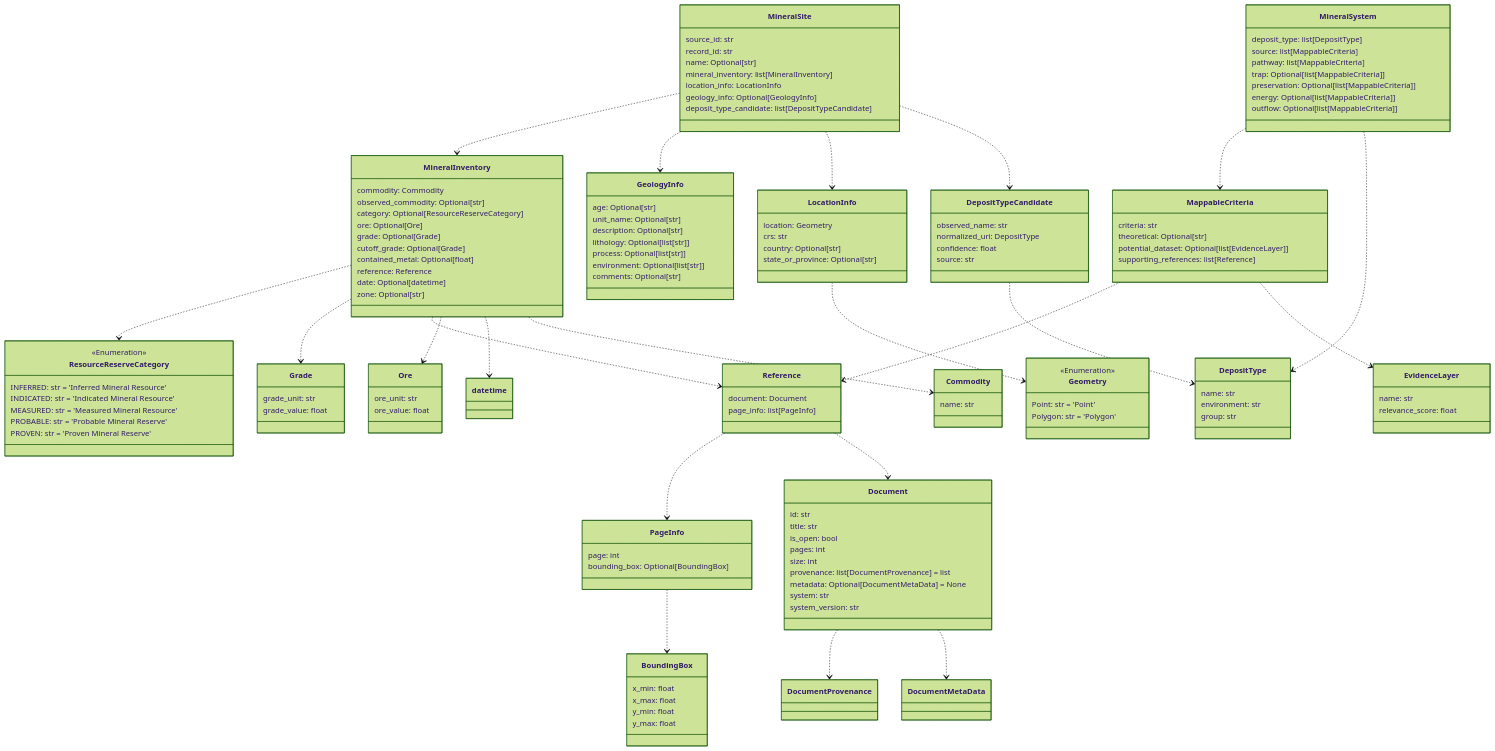
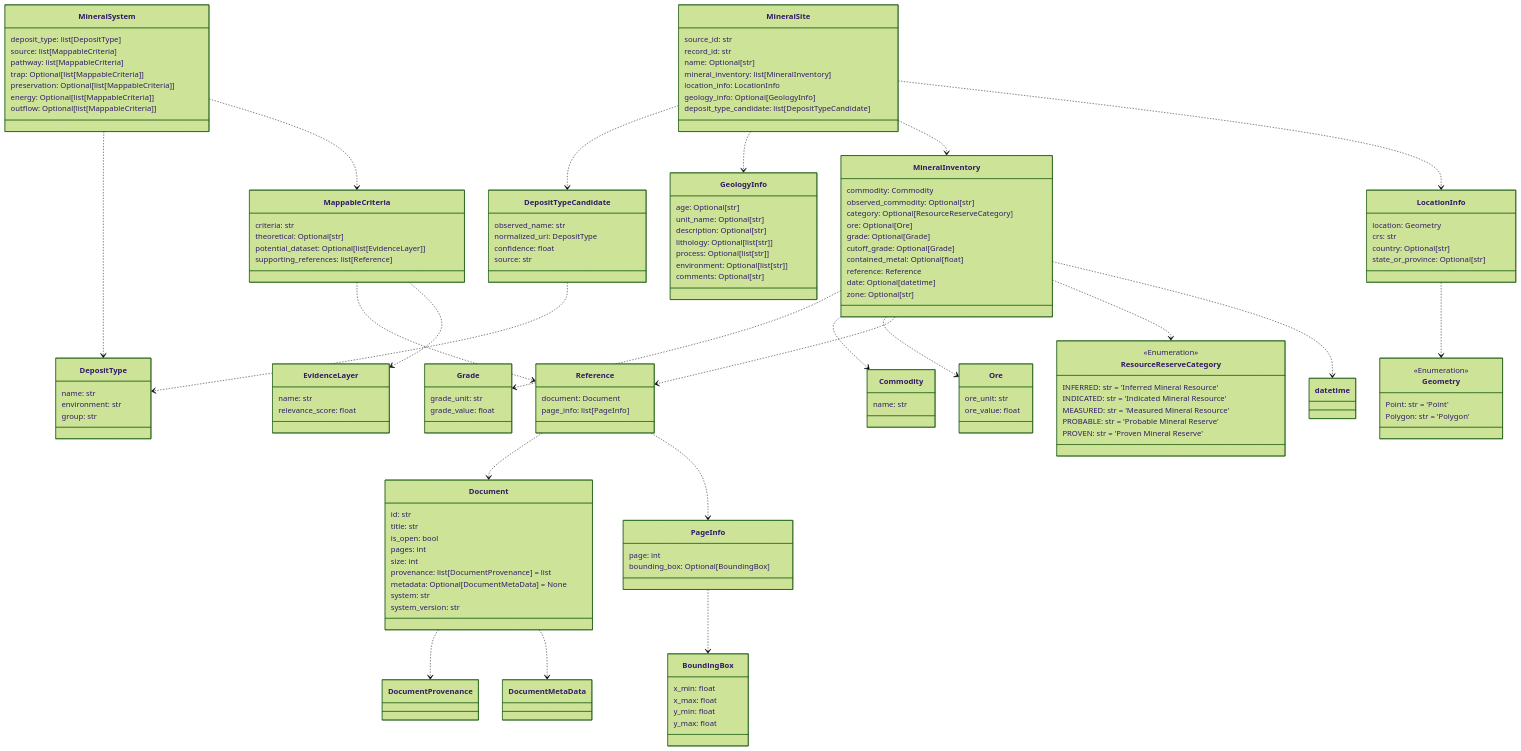
One commit to DARPA-CRITICALMAAS/cdr_schemas changed the tenth of 12 diagrams in README.md. Above: the diagram before and after it, drawn with Mermaid (forest theme). The commit also changed other lines of this file and 1 other file, not shown here.

````diff
--- a/README.md
+++ b/README.md
@@ -695,17 +695,14 @@
 ```mermaid
 classDiagram
 
-    class MineralInventory {
-        commodity: Commodity
-        observed_commodity: Optional[str]
-        category: Optional[ResourceReserveCategory]
-        ore: Optional[Ore]
-        grade: Optional[Grade]
-        cutoff_grade: Optional[Grade]
-        contained_metal: Optional[float]
-        reference: Reference
-        date: Optional[datetime]
-        zone: Optional[str]
+    class PageInfo {
+        page: int
+        bounding_box: Optional[BoundingBox]
+    }
+
+    class EvidenceLayer {
+        name: str
+        relevance_score: float
     }
 
     class Reference {
@@ -713,9 +710,23 @@
         page_info: list[PageInfo]
     }
 
-    class Ore {
-        ore_unit: str
-        ore_value: float
+    class MineralSystem {
+        deposit_type: list[DepositType]
+        source: list[MappableCriteria]
+        pathway: list[MappableCriteria]
+        trap: Optional[list[MappableCriteria]]
+        preservation: Optional[list[MappableCriteria]]
+        energy: Optional[list[MappableCriteria]]
+        outflow: Optional[list[MappableCriteria]]
+    }
+
+    class ResourceReserveCategory {
+        <<Enumeration>>
+        INFERRED: str = 'Inferred Mineral Resource'
+        INDICATED: str = 'Indicated Mineral Resource'
+        MEASURED: str = 'Measured Mineral Resource'
+        PROBABLE: str = 'Probable Mineral Reserve'
+        PROVEN: str = 'Proven Mineral Reserve'
     }
 
     class DepositTypeCandidate {
@@ -723,6 +734,33 @@
         normalized_uri: DepositType
         confidence: float
         source: str
+    }
+
+    class MappableCriteria {
+        criteria: str
+        theoretical: Optional[str]
+        potential_dataset: Optional[list[EvidenceLayer]]
+        supporting_references: list[Reference]
+    }
+
+    class Ore {
+        ore_unit: str
+        ore_value: float
+    }
+
+    class MineralSite {
+        source_id: str
+        record_id: str
+        name: Optional[str]
+        mineral_inventory: list[MineralInventory]
+        location_info: LocationInfo
+        geology_info: Optional[GeologyInfo]
+        deposit_type_candidate: list[DepositTypeCandidate]
+    }
+
+    class Grade {
+        grade_unit: str
+        grade_value: float
     }
 
     class Document {
@@ -737,45 +775,6 @@
         system_version: str
     }
 
-    class MineralSite {
-        source_id: str
-        record_id: str
-        name: Optional[str]
-        mineral_inventory: list[MineralInventory]
-        location_info: LocationInfo
-        geology_info: Optional[GeologyInfo]
-        deposit_type_candidate: list[DepositTypeCandidate]
-    }
-
-    class Geometry {
-        <<Enumeration>>
-        Point: str = 'Point'
-        Polygon: str = 'Polygon'
-    }
-
-    class BoundingBox {
-        x_min: float
-        x_max: float
-        y_min: float
-        y_max: float
-    }
-
-    class MappableCriteria {
-        criteria: str
-        theoretical: Optional[str]
-        potential_dataset: Optional[list[EvidenceLayer]]
-        supporting_references: list[Reference]
-    }
-
-    class ResourceReserveCategory {
-        <<Enumeration>>
-        INFERRED: str = 'Inferred Mineral Resource'
-        INDICATED: str = 'Indicated Mineral Resource'
-        MEASURED: str = 'Measured Mineral Resource'
-        PROBABLE: str = 'Probable Mineral Reserve'
-        PROVEN: str = 'Proven Mineral Reserve'
-    }
-
     class GeologyInfo {
         age: Optional[str]
         unit_name: Optional[str]
@@ -784,6 +783,19 @@
         process: Optional[list[str]]
         environment: Optional[list[str]]
         comments: Optional[str]
+    }
+
+    class MineralInventory {
+        commodity: Commodity
+        observed_commodity: Optional[str]
+        category: Optional[ResourceReserveCategory]
+        ore: Optional[Ore]
+        grade: Optional[Grade]
+        cutoff_grade: Optional[Grade]
+        contained_metal: Optional[float]
+        reference: Reference
+        date: Optional[datetime]
+        zone: Optional[str]
     }
 
     class DepositType {
@@ -799,55 +811,43 @@
         state_or_province: Optional[str]
     }
 
-    class MineralSystem {
-        deposit_type: list[DepositType]
-        source: list[MappableCriteria]
-        pathway: list[MappableCriteria]
-        trap: Optional[list[MappableCriteria]]
-        preservation: Optional[list[MappableCriteria]]
-        energy: Optional[list[MappableCriteria]]
-        outflow: Optional[list[MappableCriteria]]
-    }
-
     class Commodity {
         name: str
     }
 
-    class PageInfo {
-        page: int
-        bounding_box: Optional[BoundingBox]
+    class BoundingBox {
+        x_min: float
+        x_max: float
+        y_min: float
+        y_max: float
     }
 
-    class Grade {
-        grade_unit: str
-        grade_value: float
+    class Geometry {
+        <<Enumeration>>
+        Point: str = 'Point'
+        Polygon: str = 'Polygon'
     }
 
-    class EvidenceLayer {
-        name: str
-        relevance_score: float
-    }
-
+    Document ..> DocumentMetaData
     Document ..> DocumentProvenance
-    Document ..> DocumentMetaData
     DepositTypeCandidate ..> DepositType
     PageInfo ..> BoundingBox
     Reference ..> PageInfo
     Reference ..> Document
+    MappableCriteria ..> EvidenceLayer
     MappableCriteria ..> Reference
-    MappableCriteria ..> EvidenceLayer
     MineralSystem ..> MappableCriteria
     MineralSystem ..> DepositType
+    MineralInventory ..> datetime
     MineralInventory ..> ResourceReserveCategory
-    MineralInventory ..> Grade
     MineralInventory ..> Reference
     MineralInventory ..> Ore
-    MineralInventory ..> datetime
     MineralInventory ..> Commodity
+    MineralInventory ..> Grade
     LocationInfo ..> Geometry
+    MineralSite ..> LocationInfo
     MineralSite ..> MineralInventory
     MineralSite ..> GeologyInfo
-    MineralSite ..> LocationInfo
     MineralSite ..> DepositTypeCandidate
 
 
````
